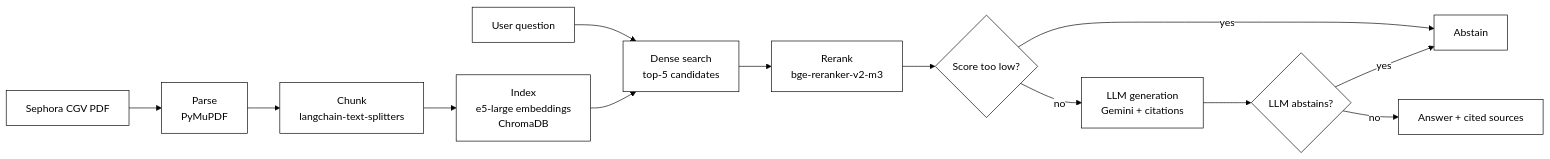
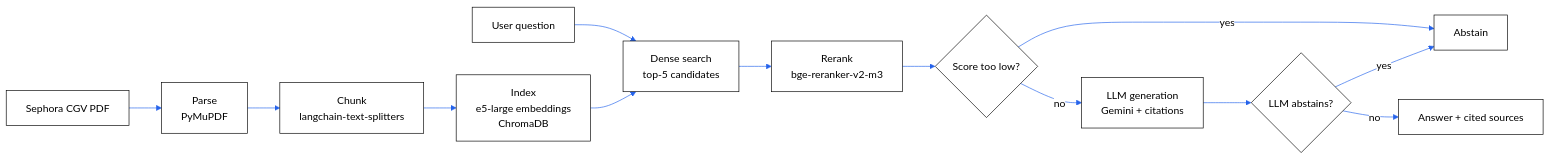
Before and after one commit to fatima-zahra-hannou/customer-policy-rag: the diagram in README.md, drawn with Mermaid.

````diff
--- a/README.md
+++ b/README.md
@@ -19,16 +19,16 @@
 ```mermaid
-%%{init: {'theme':'base', 'themeVariables': {'primaryColor':'#ffffff','primaryTextColor':'#000000','primaryBorderColor':'#000000','lineColor':'#000000','secondaryColor':'#ffffff','tertiaryColor':'#ffffff'}}}%%
+%%{init: {'theme':'base', 'themeVariables': {'primaryColor':'#ffffff','primaryTextColor':'#000000','primaryBorderColor':'#000000','lineColor':'#2563EB','secondaryColor':'#ffffff','tertiaryColor':'#ffffff'}}}%%
 flowchart LR
     A["Sephora CGV PDF"] --> B["Parse<br/>PyMuPDF"]
     B --> C["Chunk<br/>langchain-text-splitters"]
     C --> D["Index<br/>e5-large embeddings<br/>ChromaDB"]
     E["User question"] --> F["Dense search<br/>top-5 candidates"]
     D --> F
     F --> G["Rerank<br/>bge-reranker-v2-m3"]
     G --> H{"Score too low?"}
     H -->|yes| I["Abstain"]
     H -->|no| J["LLM generation<br/>Gemini + citations"]
     J --> K{"LLM abstains?"}
     K -->|yes| I
     K -->|no| L["Answer + cited sources"]
 ```
````
